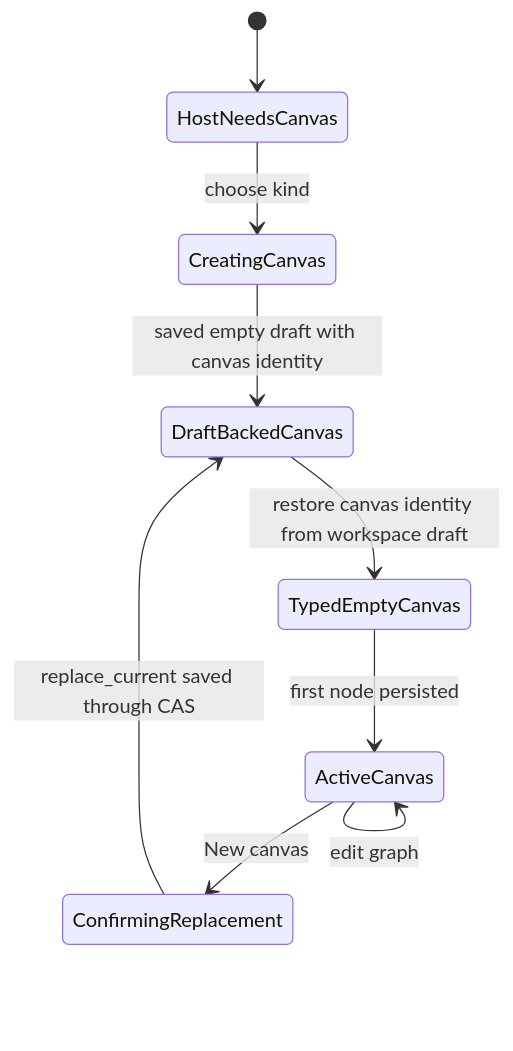
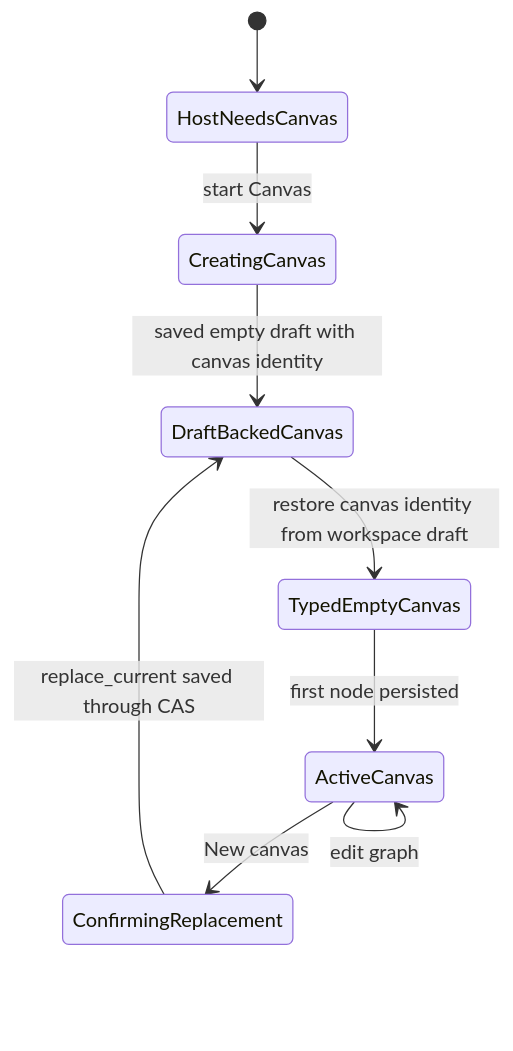
One commit to dunay2/dvt changed the first of 4 diagrams in docs/architecture/components/web/graph/canvas-playground-host-component.md. Above: the diagram before and after it, drawn with Mermaid. The commit also changed other lines of this file and 21 other files, not shown here.

````diff
--- a/docs/architecture/components/web/graph/canvas-playground-host-component.md
+++ b/docs/architecture/components/web/graph/canvas-playground-host-component.md
@@ -128,11 +124,11 @@
 ```mermaid
 stateDiagram-v2
   [*] --> HostNeedsCanvas
-  HostNeedsCanvas --> CreatingCanvas: choose kind
+  HostNeedsCanvas --> CreatingCanvas: start Canvas
   CreatingCanvas --> DraftBackedCanvas: saved empty draft with canvas identity
   DraftBackedCanvas --> TypedEmptyCanvas: restore canvas identity from workspace draft
   TypedEmptyCanvas --> ActiveCanvas: first node persisted
   ActiveCanvas --> ActiveCanvas: edit graph
   ActiveCanvas --> ConfirmingReplacement: New canvas
   ConfirmingReplacement --> DraftBackedCanvas: replace_current saved through CAS
 ```
````
